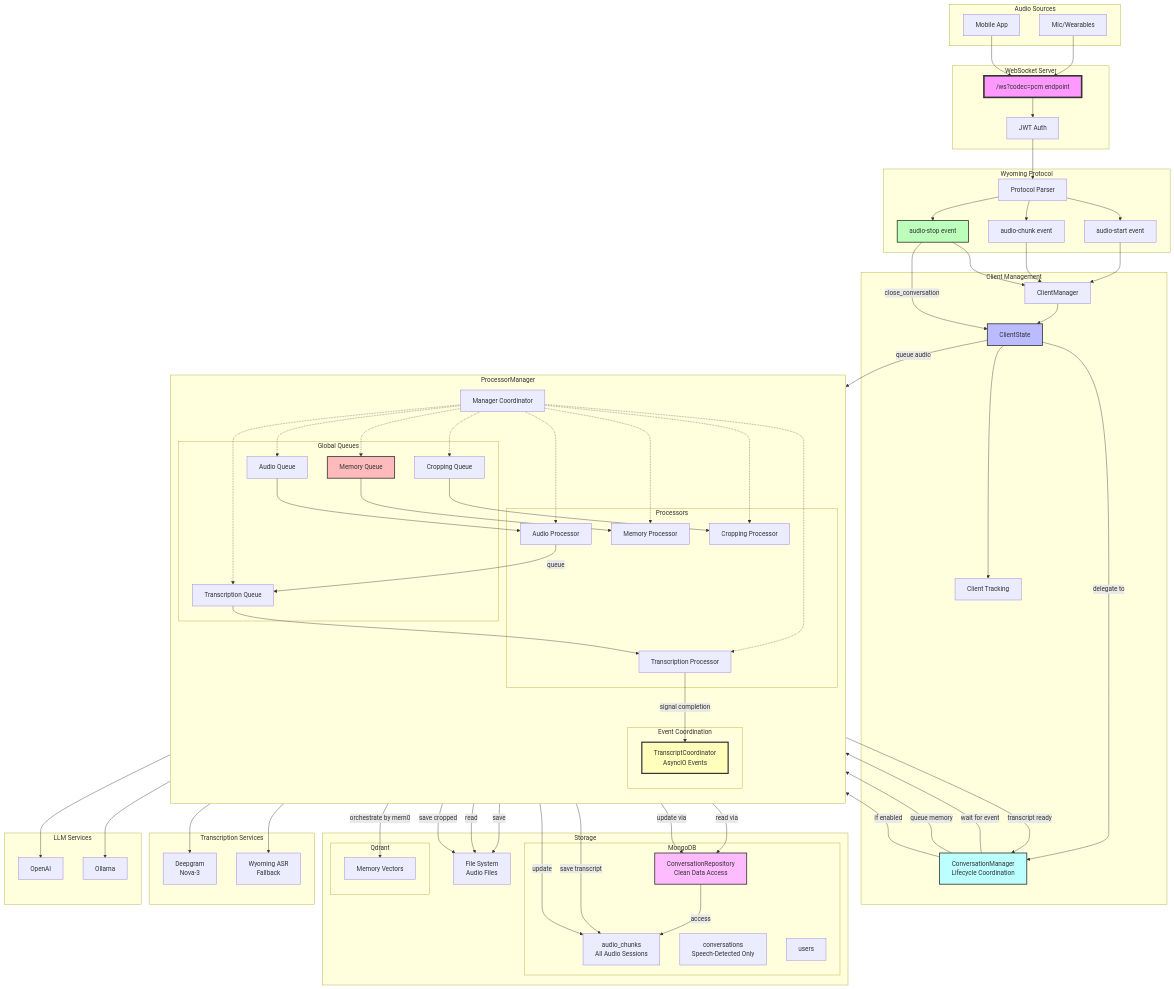
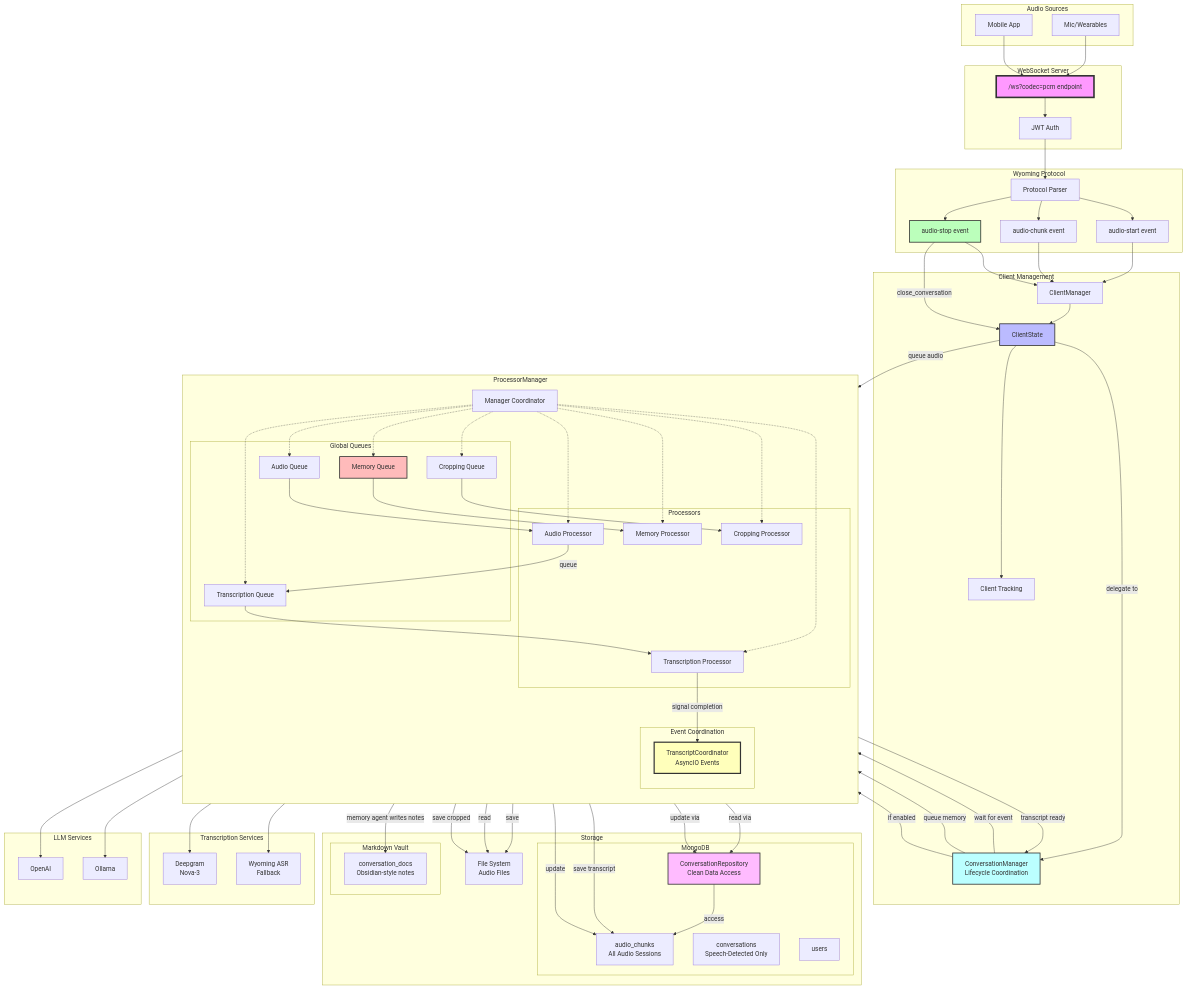
Before and after one commit to AnkushMalaker/chronicle: the first of 4 diagrams in backends/advanced/Docs/architecture.md, drawn with Mermaid. The commit also changed other lines of this file and 2 other files, not shown here.

```diff
--- a/backends/advanced/Docs/architecture.md
+++ b/backends/advanced/Docs/architecture.md
@@ -77,8 +77,8 @@
             CONV_REPO[ConversationRepository<br/>Clean Data Access]
         end
 
-        subgraph "Qdrant"
-            MEM[Memory Vectors]
+        subgraph "Markdown Vault"
+            MEM[conversation_docs<br/>Obsidian-style notes]
         end
     end
 
@@ -140,7 +140,7 @@
     CONV_REPO -->|access| AC_COL
     MP --> OAI
     MP --> OLL
-    MP -->|orchestrate by mem0| MEM
+    MP -->|memory agent writes notes| MEM
     MP -->|update via| CONV_REPO
 
     %% Cropping Flow
```
